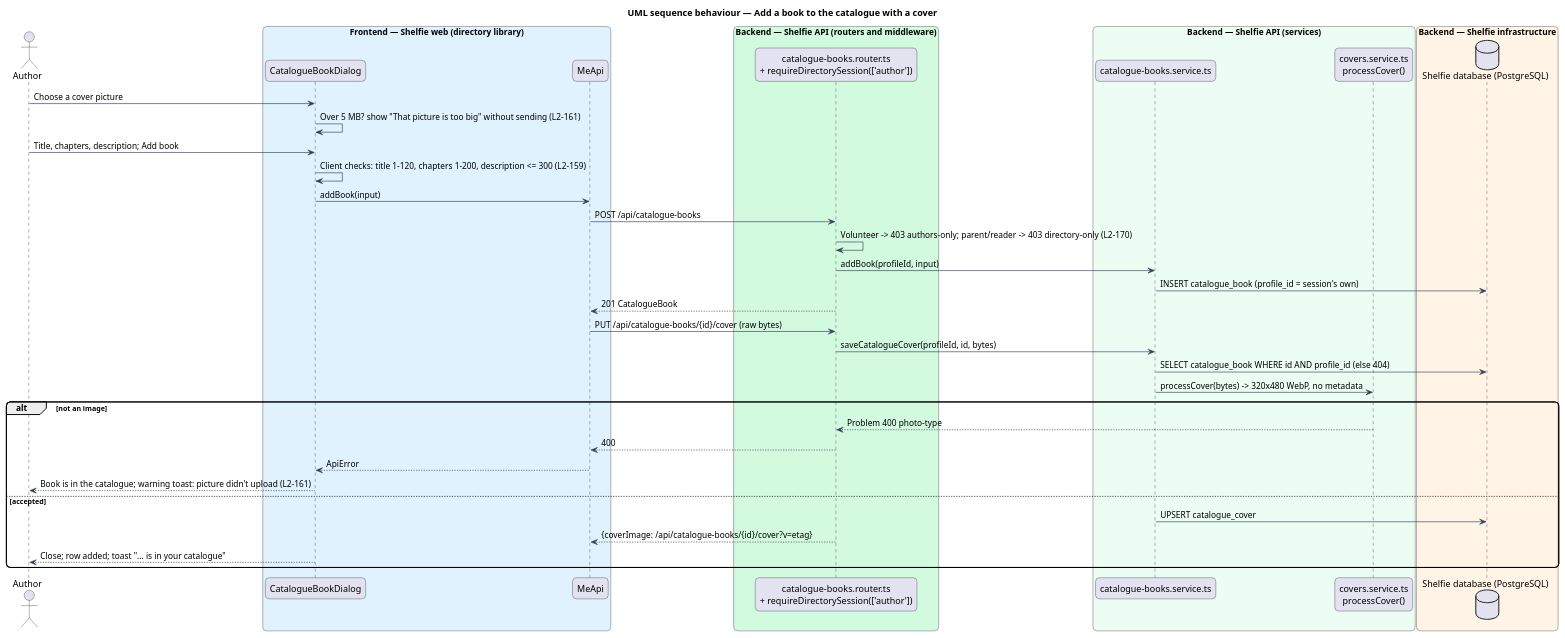
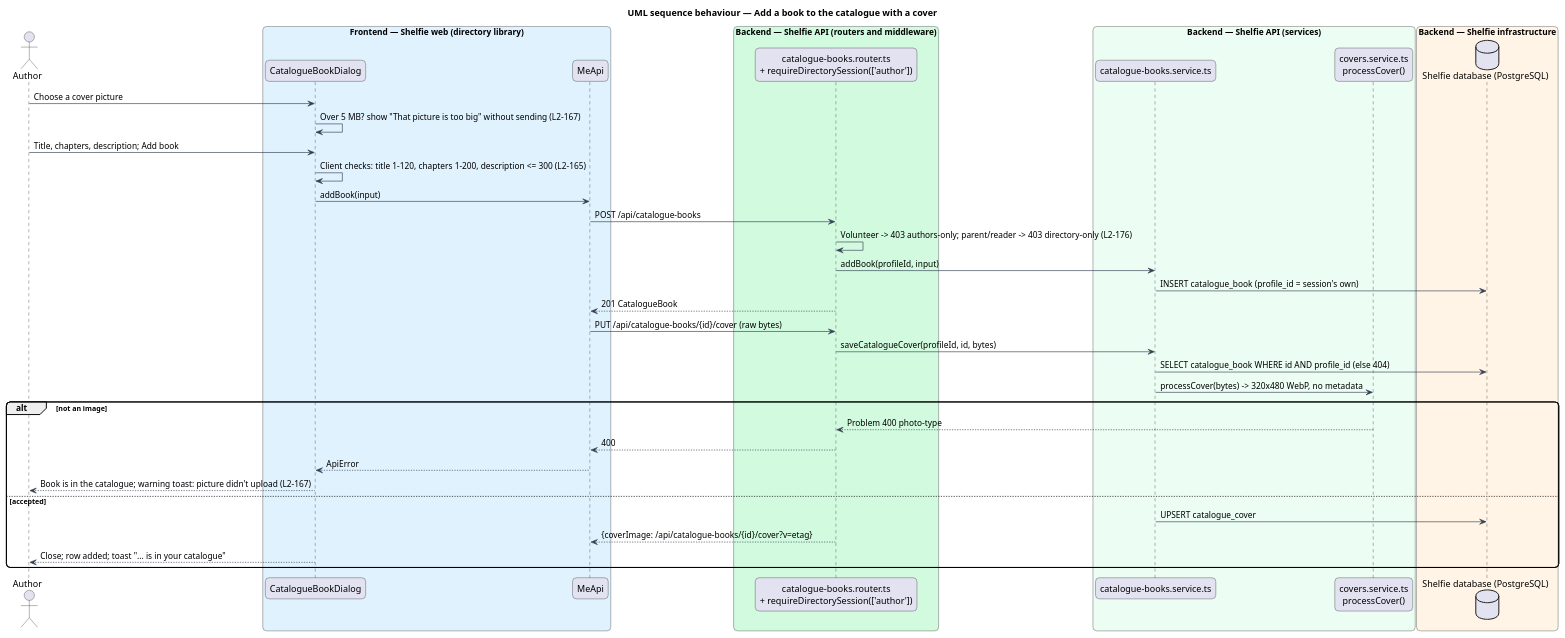
Before and after one commit to QuinntyneBrown/shelfie: the diagram in docs/detailed-designs/directory/author-profile/diagrams/sequence-catalogue-book.puml, drawn with PlantUML. The commit also changed 125 other files, not shown here.

```diff
--- a/docs/detailed-designs/directory/author-profile/diagrams/sequence-catalogue-book.puml
+++ b/docs/detailed-designs/directory/author-profile/diagrams/sequence-catalogue-book.puml
@@ -1,48 +1,48 @@
 @startuml
 title UML sequence behaviour — Add a book to the catalogue with a cover
 skinparam backgroundColor #FFFFFF
 skinparam shadowing false
 skinparam roundcorner 12
 skinparam defaultFontName Arial
 skinparam ArrowColor #344054
 actor "Author" as author
 box "Frontend — Shelfie web (directory library)" #E0F2FE
   participant "CatalogueBookDialog" as dialog
   participant "MeApi" as client
 end box
 box "Backend — Shelfie API (routers and middleware)" #D1FADF
   participant "catalogue-books.router.ts\n+ requireDirectorySession(['author'])" as router
 end box
 box "Backend — Shelfie API (services)" #ECFDF3
   participant "catalogue-books.service.ts" as service
   participant "covers.service.ts\nprocessCover()" as covers
 end box
 box "Backend — Shelfie infrastructure" #FFF4E5
   database "Shelfie database (PostgreSQL)" as db
 end box
 
 author -> dialog : Choose a cover picture
-dialog -> dialog : Over 5 MB? show "That picture is too big" without sending (L2-161)
+dialog -> dialog : Over 5 MB? show "That picture is too big" without sending (L2-167)
 author -> dialog : Title, chapters, description; Add book
-dialog -> dialog : Client checks: title 1-120, chapters 1-200, description <= 300 (L2-159)
+dialog -> dialog : Client checks: title 1-120, chapters 1-200, description <= 300 (L2-165)
 dialog -> client : addBook(input)
 client -> router : POST /api/catalogue-books
-router -> router : Volunteer -> 403 authors-only; parent/reader -> 403 directory-only (L2-170)
+router -> router : Volunteer -> 403 authors-only; parent/reader -> 403 directory-only (L2-176)
 router -> service : addBook(profileId, input)
 service -> db : INSERT catalogue_book (profile_id = session's own)
 router --> client : 201 CatalogueBook
 client -> router : PUT /api/catalogue-books/{id}/cover (raw bytes)
 router -> service : saveCatalogueCover(profileId, id, bytes)
 service -> db : SELECT catalogue_book WHERE id AND profile_id (else 404)
 service -> covers : processCover(bytes) -> 320x480 WebP, no metadata
 alt not an image
   covers --> router : Problem 400 photo-type
   router --> client : 400
   client --> dialog : ApiError
-  dialog --> author : Book is in the catalogue; warning toast: picture didn't upload (L2-161)
+  dialog --> author : Book is in the catalogue; warning toast: picture didn't upload (L2-167)
 else accepted
   service -> db : UPSERT catalogue_cover
   router --> client : {coverImage: /api/catalogue-books/{id}/cover?v=etag}
   dialog --> author : Close; row added; toast "... is in your catalogue"
 end
 @enduml
```
